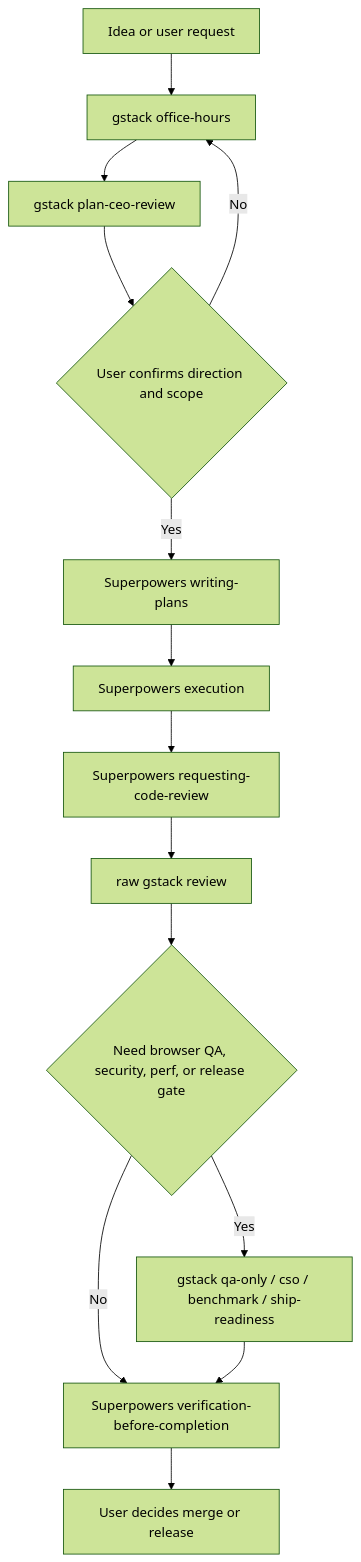
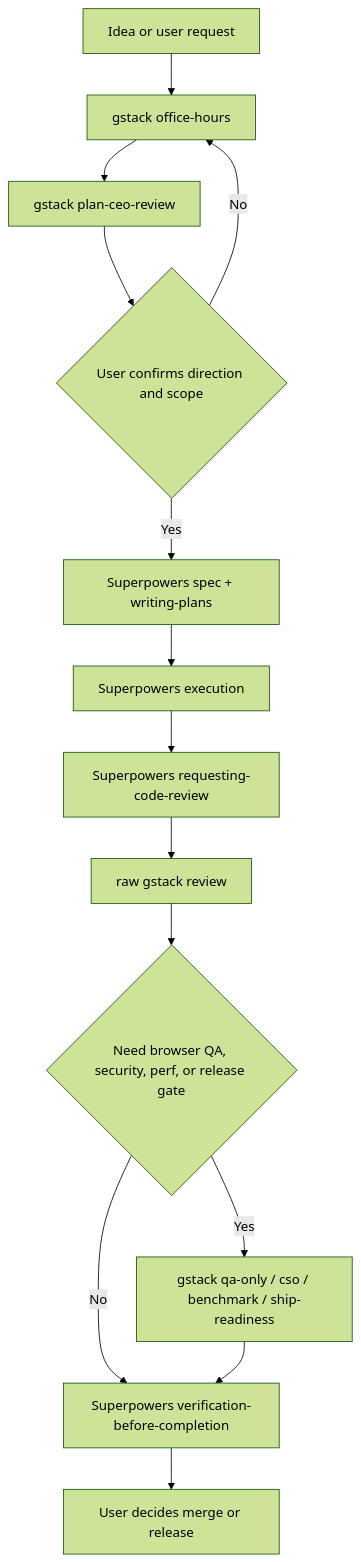
The first of 4 diagrams in docs/superpowers/specs/2026-05-11-curated-gstack-superpowers-workflow.md (FrankQDWang/gstack-superpowers), drawn with Mermaid (forest theme) before and after one commit. The commit also changed other lines of this file and 11 other files, not shown here.

````diff
--- a/docs/superpowers/specs/2026-05-11-curated-gstack-superpowers-workflow.md
+++ b/docs/superpowers/specs/2026-05-11-curated-gstack-superpowers-workflow.md
@@ -29,16 +29,16 @@
 ```mermaid
 flowchart TD
   A["Idea or user request"] --> B["gstack office-hours"]
   B --> C["gstack plan-ceo-review"]
   C --> D{"User confirms direction and scope"}
   D -- "No" --> B
-  D -- "Yes" --> E["Superpowers writing-plans"]
+  D -- "Yes" --> E["Superpowers spec + writing-plans"]
   E --> F["Superpowers execution"]
   F --> G["Superpowers requesting-code-review"]
   G --> H["raw gstack review"]
   H --> I{"Need browser QA, security, perf, or release gate"}
   I -- "Yes" --> J["gstack qa-only / cso / benchmark / ship-readiness"]
   I -- "No" --> K["Superpowers verification-before-completion"]
   J --> K
   K --> L["User decides merge or release"]
 ```
````
